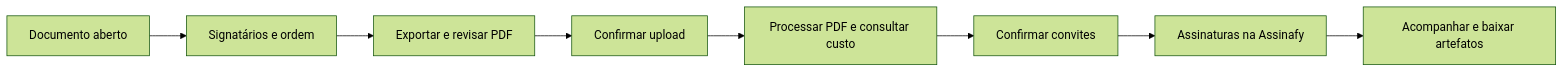
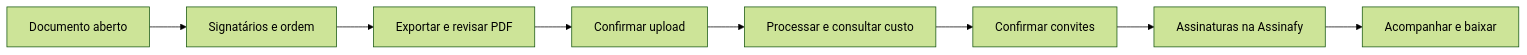
Before and after one commit to assinafy/libreoffice-extension: the diagram in README.md, drawn with Mermaid (forest theme). The commit also changed other lines of this file and 7 other files, not shown here.

````diff
--- a/README.md
+++ b/README.md
@@ -29,10 +24,10 @@
 ```mermaid
 flowchart LR
     A[Documento aberto] --> B[Signatários e ordem]
     B --> C[Exportar e revisar PDF]
     C --> D[Confirmar upload]
-    D --> E[Processar PDF e consultar custo]
+    D --> E[Processar e consultar custo]
     E --> F[Confirmar convites]
     F --> G[Assinaturas na Assinafy]
-    G --> H[Acompanhar e baixar artefatos]
+    G --> H[Acompanhar e baixar]
 ```
````
